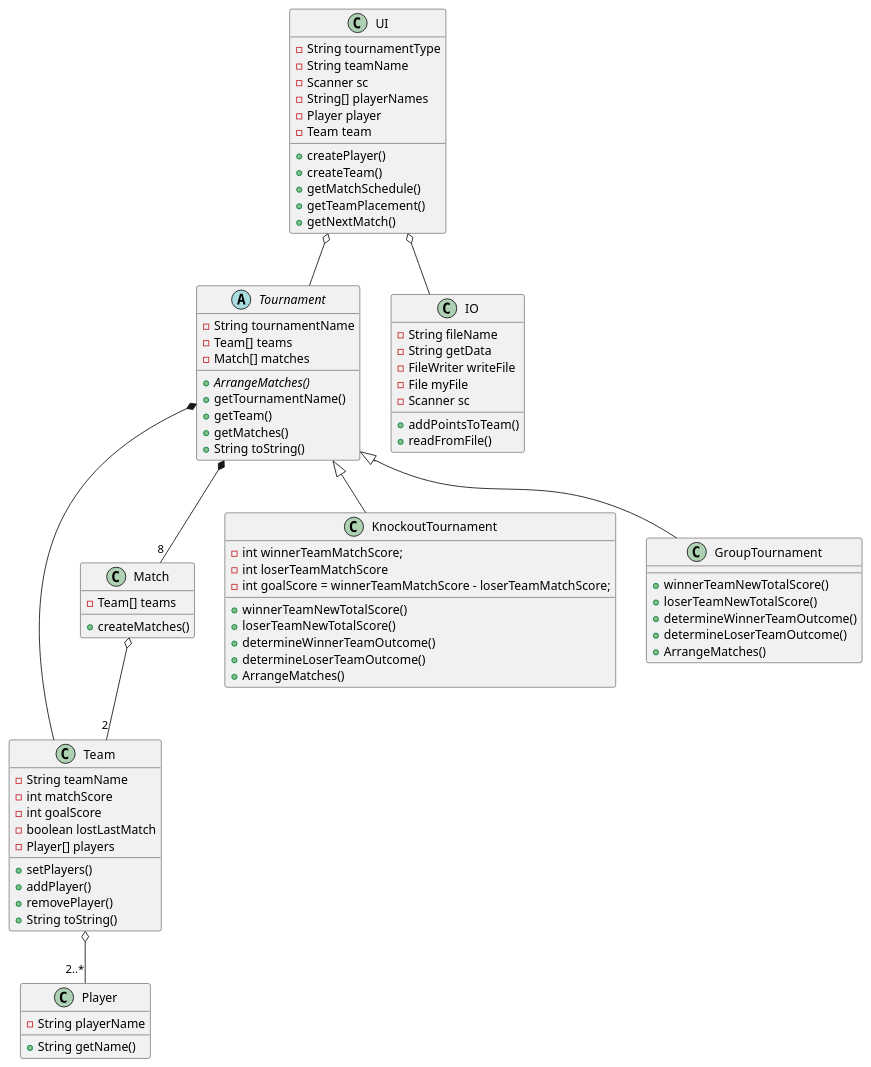
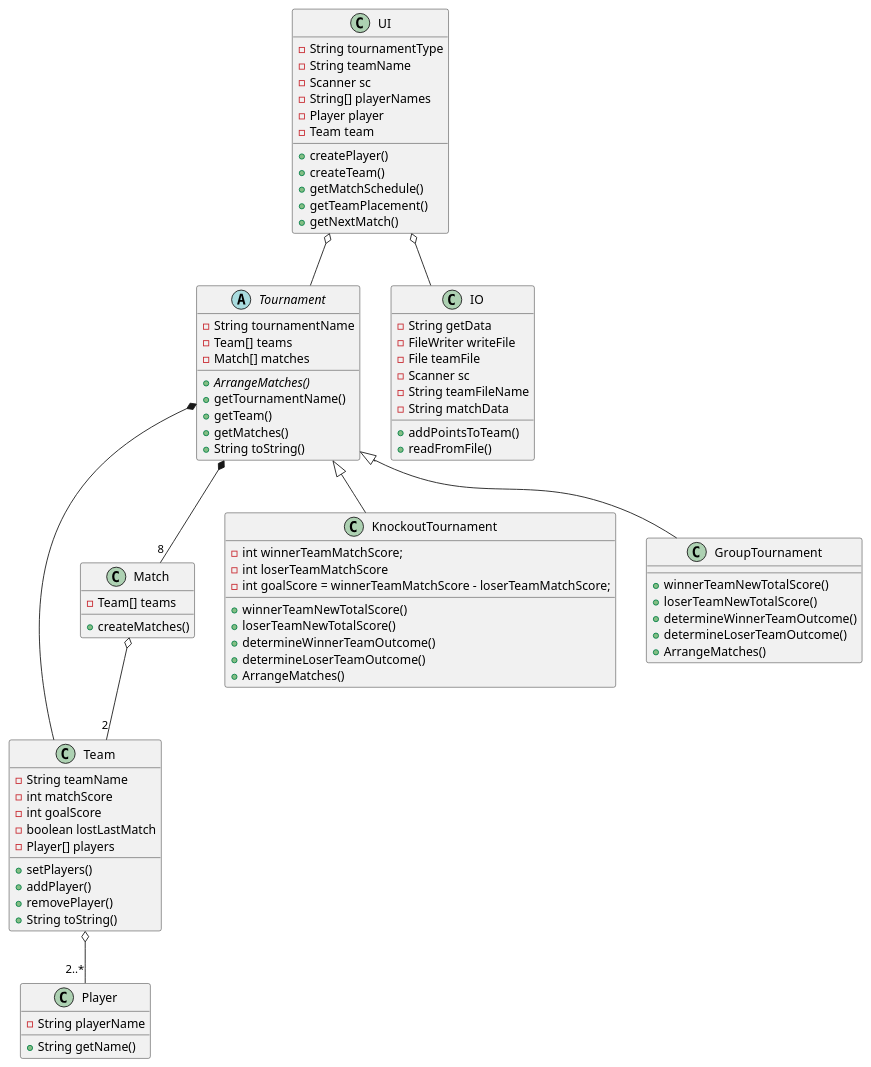
One commit to DeRp-DaWg/SP3 changed the diagram in doc/Class.puml. Above: the diagram before and after it, drawn with PlantUML.

```diff
--- a/doc/Class.puml
+++ b/doc/Class.puml
@@ -1,91 +1,92 @@
 @startuml
 'https://plantuml.com/class-diagram
 
 class Player {
 -String playerName
 +String getName()
 }
 
 class Team {
 -String teamName
 -int matchScore
 -int goalScore
 -boolean lostLastMatch
 -Player[] players
 +setPlayers()
 +addPlayer()
 +removePlayer()
 +String toString()
 }
 
 class Match{
 -Team[] teams
 +createMatches()
 }
 
 abstract Tournament {
 -String tournamentName
 -Team[] teams
 -Match[] matches
 +{abstract}ArrangeMatches()
 +getTournamentName()
 +getTeam()
 +getMatches()
 +String toString()
 }
 
 class KnockoutTournament{
 -int winnerTeamMatchScore;
 -int loserTeamMatchScore
 -int goalScore = winnerTeamMatchScore - loserTeamMatchScore;
 
 +winnerTeamNewTotalScore()
 +loserTeamNewTotalScore()
 +determineWinnerTeamOutcome()
 +determineLoserTeamOutcome()
 +ArrangeMatches()
 }
 
 class GroupTournament{
 +winnerTeamNewTotalScore()
 +loserTeamNewTotalScore()
 +determineWinnerTeamOutcome()
 +determineLoserTeamOutcome()
 +ArrangeMatches()
 }
 
 class UI {
 -String tournamentType
 -String teamName
 -Scanner sc
 -String[] playerNames
 -Player player
 -Team team
 +createPlayer()
 +createTeam()
 +getMatchSchedule()
 +getTeamPlacement()
 +getNextMatch()
 }
 
 class IO {
--String fileName
 -String getData
 -FileWriter writeFile
--File myFile
+-File teamFile
 -Scanner sc
+-String teamFileName
+-String matchData
 +addPointsToTeam()
 +readFromFile()
 }
 
 
 UI o-- Tournament
 UI o-- IO
 Tournament *-- "8" Match
 Tournament *-- Team
 Match o-- "2" Team
 Team o-- "2..*" Player
 Tournament <|-- KnockoutTournament
 Tournament <|-- GroupTournament
 
 @enduml
```
